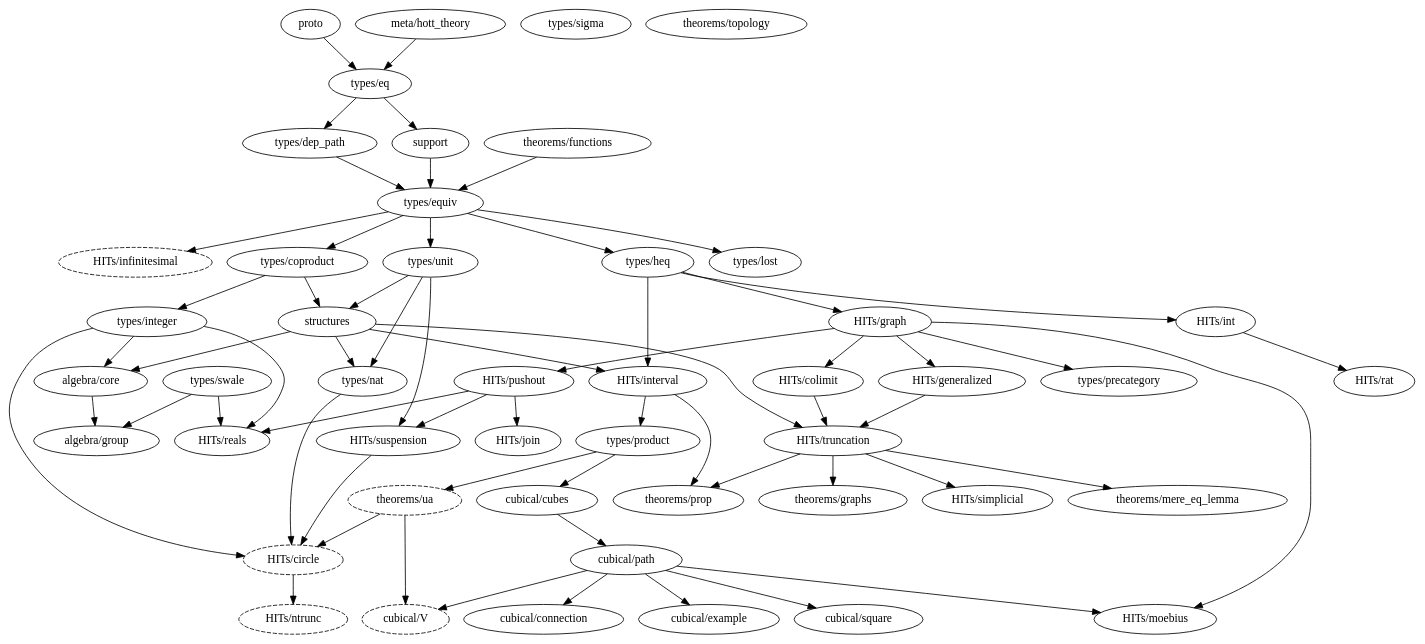
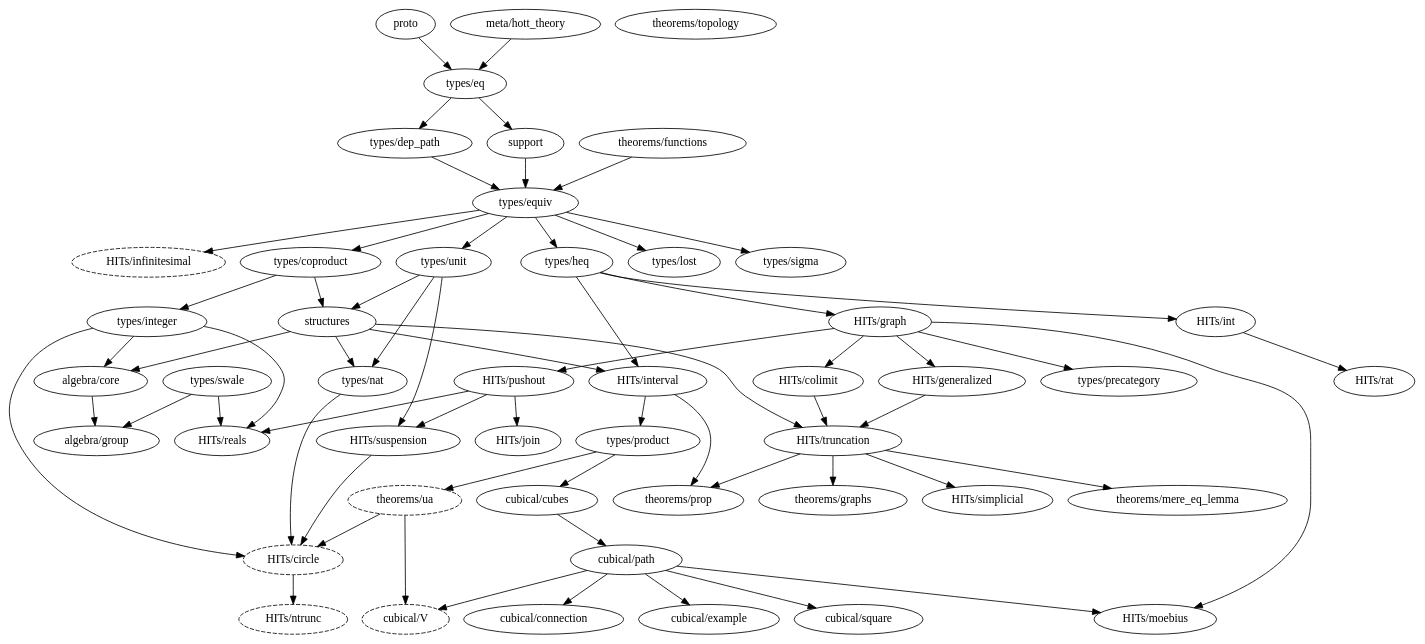
Before and after one commit to forked-from-1kasper/ground_zero: the diagram in dependency_map.gv, drawn with Graphviz. The commit also changed 3 other files, not shown here.

```diff
--- a/dependency_map.gv
+++ b/dependency_map.gv
@@ -1,108 +1,109 @@
 digraph dependency_map {
   proto -> "types/eq"
   "meta/hott_theory" -> "types/eq"
   support -> "types/equiv"
   structures -> {
     "HITs/interval",
     "HITs/truncation",
     "algebra/core",
     "types/nat"
   }
 
   subgraph univalence {
     node [style=dashed]
     "HITs/circle"
     "HITs/infinitesimal"
     "HITs/ntrunc"
     "theorems/ua"
     "cubical/V"
   }
 
   subgraph algebra {
     "algebra/core" -> "algebra/group"
     "algebra/group"
   }
 
   subgraph types {
     "types/coproduct" -> { "types/integer", structures }
     "types/dep_path" -> "types/equiv"
     "types/eq" -> { "types/dep_path", support }
     "types/equiv" -> {
       "types/heq",
       "HITs/infinitesimal",
       "types/coproduct",
       "types/lost",
-      "types/unit"
+      "types/unit",
+      "types/sigma"
     }
     "types/heq" -> {
       "HITs/int",
       "HITs/interval",
       "HITs/graph"
     }
     "types/integer" -> { "HITs/circle", "HITs/reals", "algebra/core" }
     "types/lost"
     "types/nat" -> { "HITs/circle" }
     "types/product" -> { "cubical/cubes", "theorems/ua" }
     "types/sigma"
     "types/swale" -> { "HITs/reals", "algebra/group" }
     "types/unit" -> { structures, "HITs/suspension", "types/nat" }
   }
 
   subgraph HITs {
     "HITs/circle" -> "HITs/ntrunc"
     "HITs/colimit" -> "HITs/truncation"
     "HITs/generalized" -> "HITs/truncation"
     "HITs/graph" -> {
       "HITs/colimit",
       "HITs/generalized",
       "HITs/pushout",
       "HITs/moebius",
       "types/precategory"
     }
     "HITs/infinitesimal"
     "HITs/int" -> "HITs/rat"
     "HITs/interval" -> { "types/product", "theorems/prop" }
     "HITs/join"
     "HITs/moebius"
     "HITs/ntrunc"
     "HITs/pushout" -> {
       "HITs/join",
       "HITs/reals",
       "HITs/suspension"
     }
     "HITs/rat"
     "HITs/reals"
     "HITs/simplicial"
     "HITs/suspension" -> "HITs/circle"
     "HITs/truncation" -> {
       "theorems/mere_eq_lemma",
       "theorems/prop",
       "theorems/graphs",
       "HITs/simplicial"
     }
   }
 
   subgraph cubical {
     "cubical/connection"
     "cubical/cubes" -> "cubical/path"
     "cubical/example"
     "cubical/path" -> {
       "cubical/square",
       "cubical/example",
       "cubical/V",
       "cubical/connection",
       "HITs/moebius"
     }
     "cubical/square"
     "cubical/V"
   }
 
   subgraph theorems {
     "theorems/functions" -> "types/equiv"
     "theorems/graphs"
     "theorems/mere_eq_lemma"
     "theorems/prop"
     "theorems/topology"
     "theorems/ua" -> { "HITs/circle", "cubical/V" }
   }
 }
```
